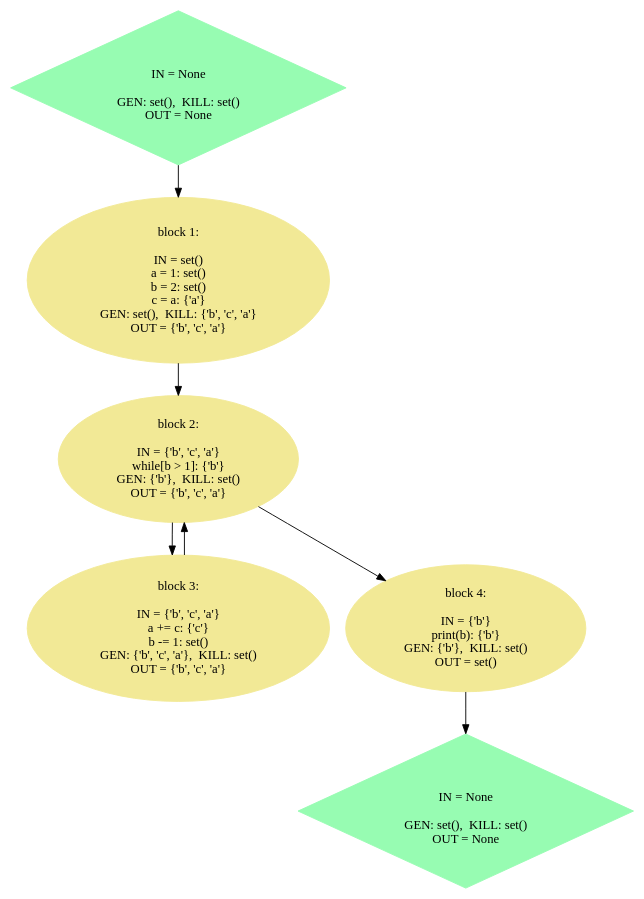
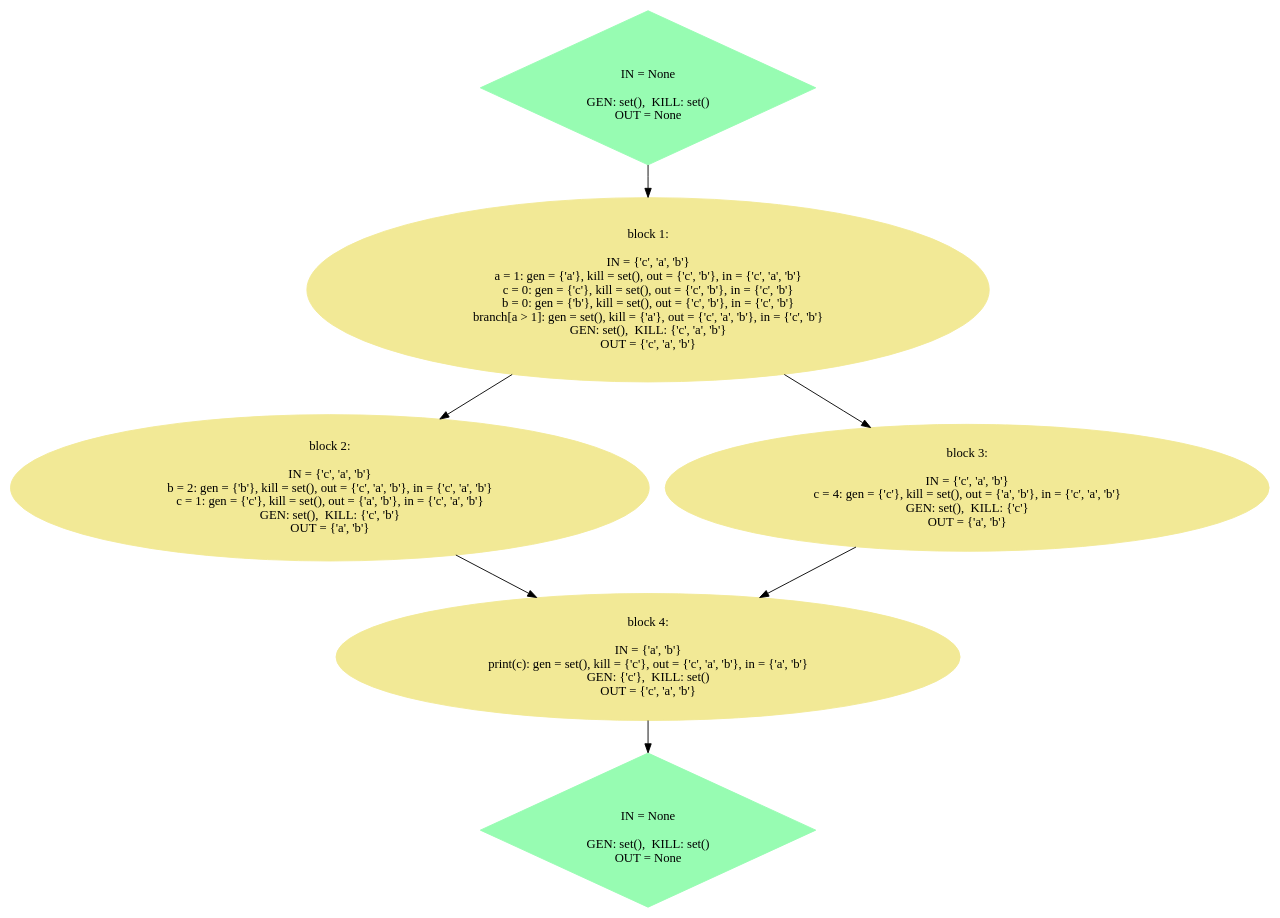
Before and after one commit to joelsunny/program-analysis: the diagram in faintvariable/temp/faint_test.gv, drawn with Graphviz. The commit also changed 10 other files, not shown here.

```diff
--- a/faintvariable/temp/faint_test.gv
+++ b/faintvariable/temp/faint_test.gv
@@ -1,54 +1,55 @@
 // CFG
 digraph {
 	node [color="#97fcb2" shape=diamond style=filled]
 	0 [label="
 IN = None
 
 GEN: set(),  KILL: set() 
 OUT = None"]
 	node [color="#f2e996" shape=ellipse style=filled]
 	1 [label="block 1:
 
-IN = set()
-a = 1: set()
-b = 2: set()
-c = a: {'a'}
-GEN: set(),  KILL: {'b', 'c', 'a'} 
-OUT = {'b', 'c', 'a'}"]
+IN = {'c', 'a', 'b'}
+a = 1: gen = {'a'}, kill = set(), out = {'c', 'b'}, in = {'c', 'a', 'b'} 
+c = 0: gen = {'c'}, kill = set(), out = {'c', 'b'}, in = {'c', 'b'} 
+b = 0: gen = {'b'}, kill = set(), out = {'c', 'b'}, in = {'c', 'b'} 
+branch[a > 1]: gen = set(), kill = {'a'}, out = {'c', 'a', 'b'}, in = {'c', 'b'} 
+GEN: set(),  KILL: {'c', 'a', 'b'} 
+OUT = {'c', 'a', 'b'}"]
 	node [color="#f2e996" shape=ellipse style=filled]
 	2 [label="block 2:
 
-IN = {'b', 'c', 'a'}
-while[b > 1]: {'b'}
-GEN: {'b'},  KILL: set() 
-OUT = {'b', 'c', 'a'}"]
+IN = {'c', 'a', 'b'}
+b = 2: gen = {'b'}, kill = set(), out = {'c', 'a', 'b'}, in = {'c', 'a', 'b'} 
+c = 1: gen = {'c'}, kill = set(), out = {'a', 'b'}, in = {'c', 'a', 'b'} 
+GEN: set(),  KILL: {'c', 'b'} 
+OUT = {'a', 'b'}"]
 	node [color="#f2e996" shape=ellipse style=filled]
 	3 [label="block 3:
 
-IN = {'b', 'c', 'a'}
-a += c: {'c'}
-b -= 1: set()
-GEN: {'b', 'c', 'a'},  KILL: set() 
-OUT = {'b', 'c', 'a'}"]
+IN = {'c', 'a', 'b'}
+c = 4: gen = {'c'}, kill = set(), out = {'a', 'b'}, in = {'c', 'a', 'b'} 
+GEN: set(),  KILL: {'c'} 
+OUT = {'a', 'b'}"]
 	node [color="#f2e996" shape=ellipse style=filled]
 	4 [label="block 4:
 
-IN = {'b'}
-print(b): {'b'}
-GEN: {'b'},  KILL: set() 
-OUT = set()"]
+IN = {'a', 'b'}
+print(c): gen = set(), kill = {'c'}, out = {'c', 'a', 'b'}, in = {'a', 'b'} 
+GEN: {'c'},  KILL: set() 
+OUT = {'c', 'a', 'b'}"]
 	node [color="#f2e996" shape=ellipse style=filled]
 	node [color="#97fcb2" shape=diamond style=filled]
 	5 [label="
 IN = None
 
 GEN: set(),  KILL: set() 
 OUT = None"]
 	node [color="#f2e996" shape=ellipse style=filled]
 	0 -> 1
 	1 -> 2
-	2 -> 3
+	1 -> 3
 	2 -> 4
-	3 -> 2
+	3 -> 4
 	4 -> 5
 }
```
